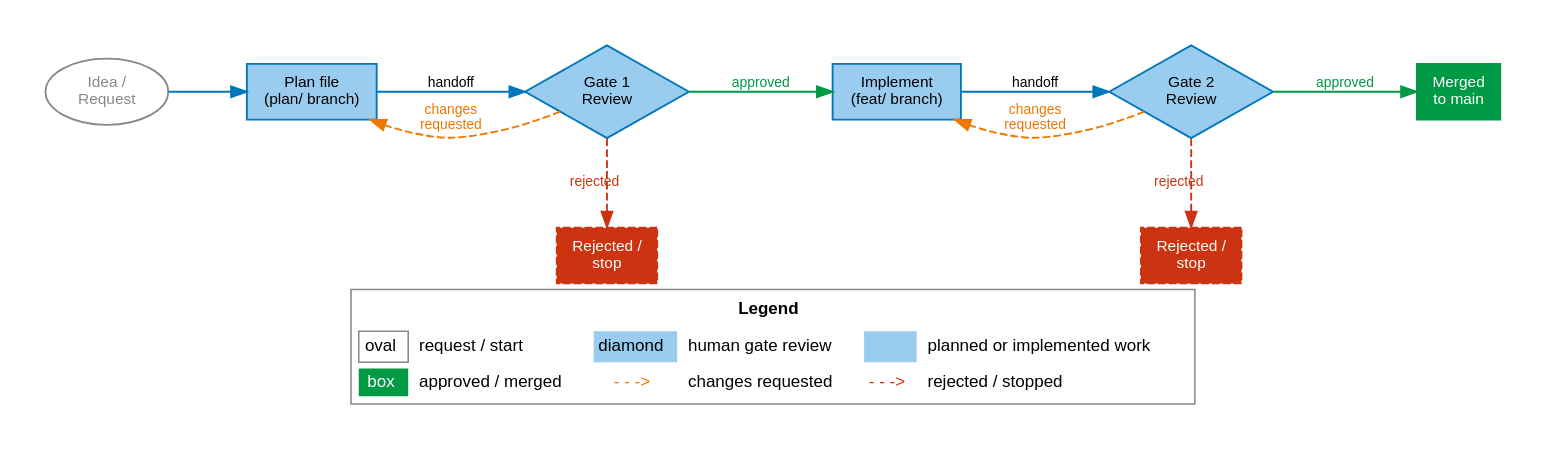
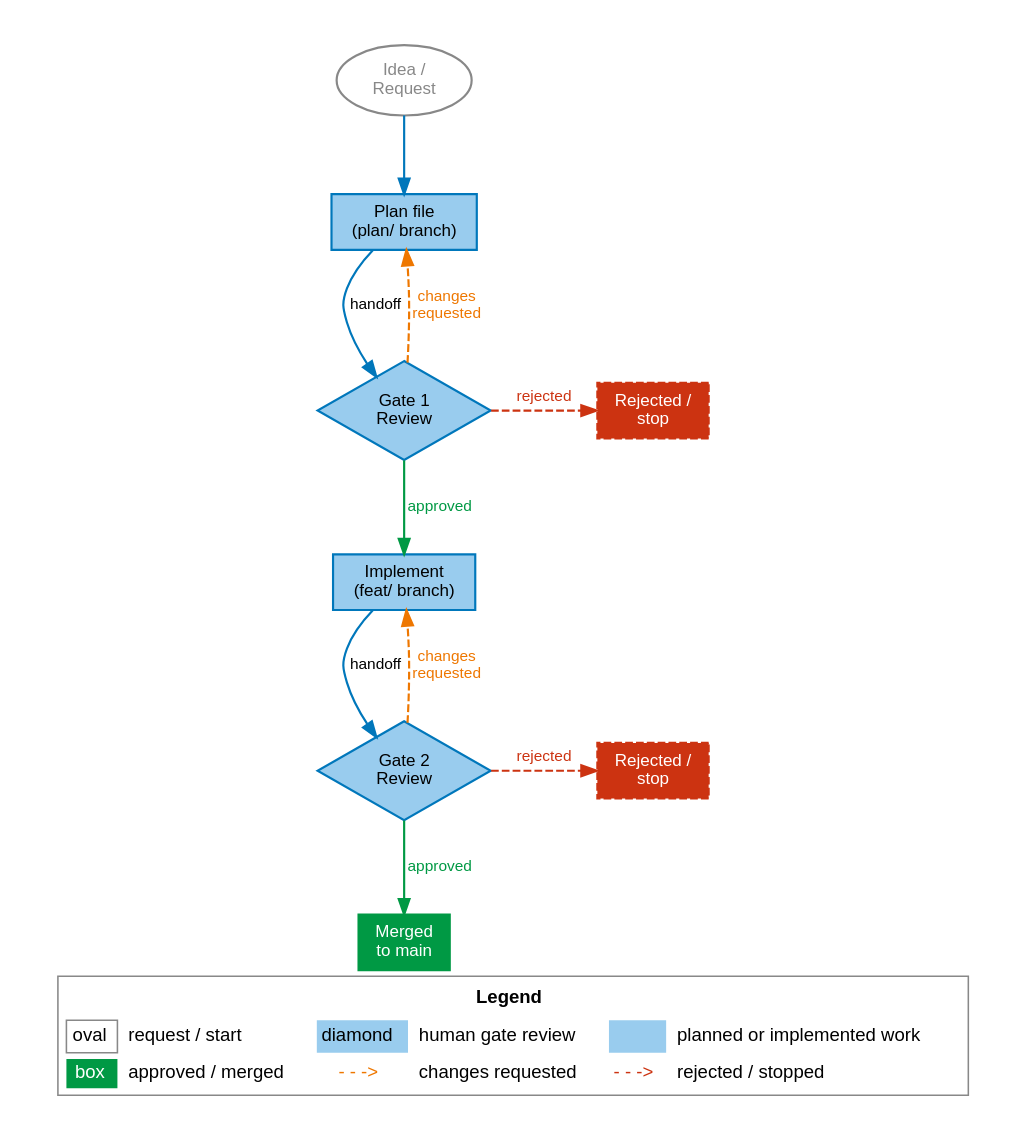
One commit to janipaijanen/agf-mirror changed the diagram in agf/docs/figures/src/gate-pipeline.dot. Above: the diagram before and after it, drawn with Graphviz. The commit also changed 32 other files, not shown here.

Commit message:
docs: normalize figure readability standards

```diff
--- a/agf/docs/figures/src/gate-pipeline.dot
+++ b/agf/docs/figures/src/gate-pipeline.dot
@@ -1,56 +1,56 @@
 // SPDX-License-Identifier: CC-BY-SA-4.0
 // agents-govern: Gate 1 / Gate 2 pipeline
 // Generate: dot -Tsvg gate-pipeline.dot -o ../gate-pipeline.svg
 digraph gate_pipeline {
-    graph [rankdir=LR, splines=spline, pad=0.3, nodesep=0.4, ranksep=0.7,
-           fontname="Helvetica", fontsize=11, labelloc=b, label=<
+    graph [rankdir=TB, splines=spline, pad=0.3, nodesep=0.4, ranksep=0.7,
+           bgcolor=white, fontname="Helvetica", fontsize=12, labelloc=b, label=<
         <TABLE BORDER="1" CELLBORDER="0" CELLSPACING="4" CELLPADDING="3" COLOR="#888888" BGCOLOR="white">
             <TR><TD COLSPAN="6"><B>Legend</B></TD></TR>
             <TR>
                 <TD BORDER="1" COLOR="#888888" WIDTH="28">oval</TD><TD ALIGN="LEFT">request / start</TD>
                 <TD BGCOLOR="#99CCEE" WIDTH="28">diamond</TD><TD ALIGN="LEFT">human gate review</TD>
                 <TD BGCOLOR="#99CCEE" WIDTH="28"></TD><TD ALIGN="LEFT">planned or implemented work</TD>
             </TR>
             <TR>
                 <TD BGCOLOR="#009944" WIDTH="28"><FONT COLOR="white">box</FONT></TD><TD ALIGN="LEFT">approved / merged</TD>
                 <TD><FONT COLOR="#EE7700">- - -&gt;</FONT></TD><TD ALIGN="LEFT">changes requested</TD>
                 <TD><FONT COLOR="#CC3311">- - -&gt;</FONT></TD><TD ALIGN="LEFT">rejected / stopped</TD>
             </TR>
         </TABLE>
     >]
-    node  [fontname="Helvetica", fontsize=10, style=filled, shape=box,
-           fillcolor="#99CCEE", color="#0077BB", penwidth=1.2]
-    edge  [fontname="Helvetica", fontsize=9, color="#0077BB", penwidth=1.2]
+    node  [fontname="Helvetica", fontsize=11, style=filled, shape=box,
+           fillcolor="#99CCEE", color="#0077BB", penwidth=1.4]
+    edge  [fontname="Helvetica", fontsize=10, color="#0077BB", penwidth=1.4]
 
     idea     [label="Idea /\nRequest", shape=ellipse, fillcolor=white,
               color="#888888", fontcolor="#888888"]
     plan     [label="Plan file\n(plan/ branch)"]
     gate1    [label="Gate 1\nReview", shape=diamond, fillcolor="#99CCEE",
               color="#0077BB"]
     impl     [label="Implement\n(feat/ branch)"]
     gate2    [label="Gate 2\nReview", shape=diamond, fillcolor="#99CCEE",
               color="#0077BB"]
     merged   [label="Merged\nto main", fillcolor="#009944", fontcolor=white,
               color="#009944"]
     rejected1 [label="Rejected /\nstop", fillcolor="#CC3311", fontcolor=white,
                color="#CC3311", style="filled,dashed"]
     rejected2 [label="Rejected /\nstop", fillcolor="#CC3311", fontcolor=white,
                color="#CC3311", style="filled,dashed"]
 
     idea  -> plan
     plan  -> gate1  [label="handoff"]
     gate1 -> impl   [label="approved", color="#009944", fontcolor="#009944"]
     gate1 -> plan   [label="changes\nrequested", style=dashed, color="#EE7700",
                      fontcolor="#EE7700"]
     gate1 -> rejected1 [label="rejected", style=dashed, color="#CC3311",
                         fontcolor="#CC3311", constraint=false]
     impl  -> gate2  [label="handoff"]
     gate2 -> merged [label="approved", color="#009944", fontcolor="#009944"]
     gate2 -> impl   [label="changes\nrequested", style=dashed, color="#EE7700",
                      fontcolor="#EE7700"]
     gate2 -> rejected2 [label="rejected", style=dashed, color="#CC3311",
                         fontcolor="#CC3311", constraint=false]
 
     { rank=same; gate1; rejected1 }
     { rank=same; gate2; rejected2 }
 }
```
